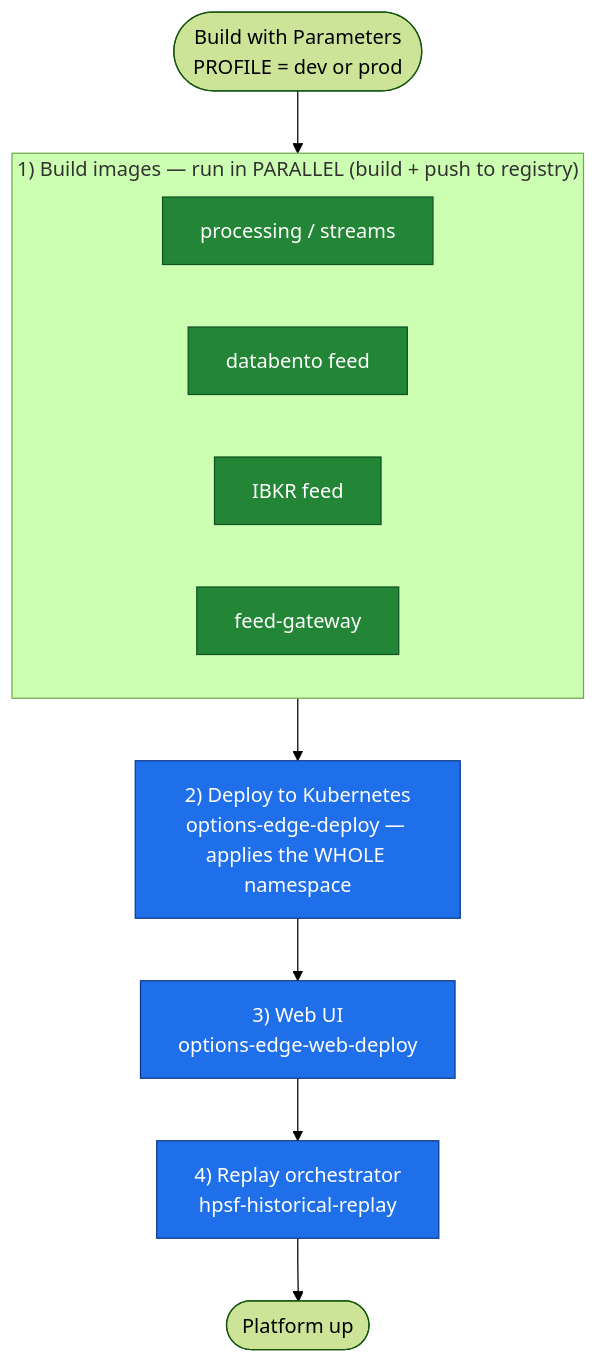
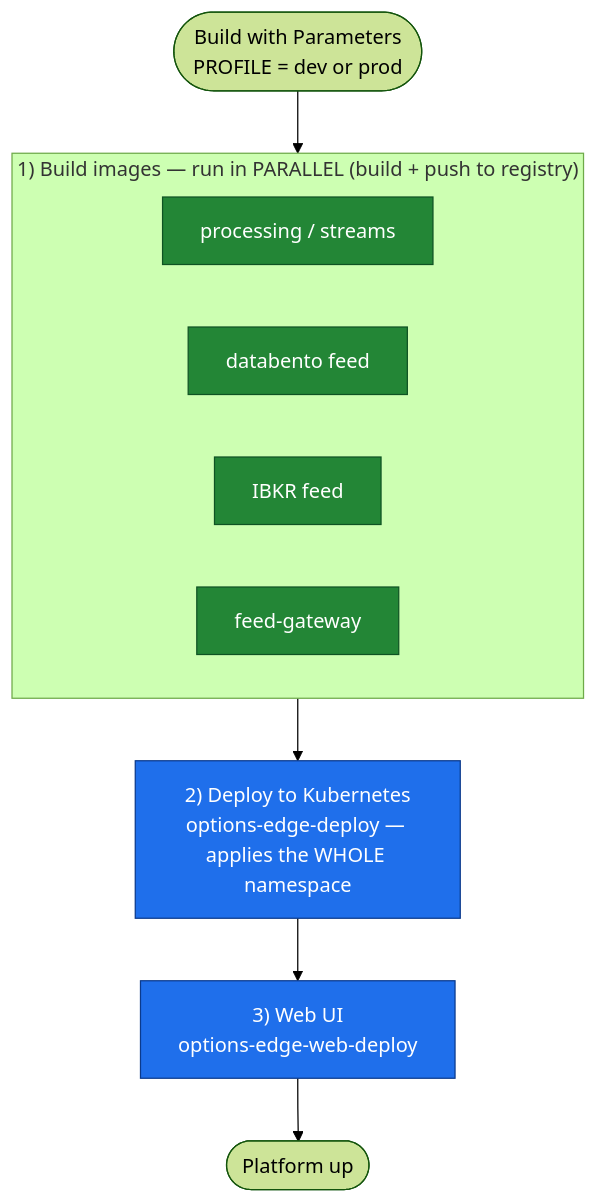
Before and after one commit to abhinav-jain09/options-edge-deploy: the diagram in docs/bring-up-all.md, drawn with Mermaid (forest theme). The commit also changed other lines of this file and 1 other file, not shown here.

Commit message:
umbrella: exclude hpsf-historical-replay (run it standalone)

````diff
--- a/docs/bring-up-all.md
+++ b/docs/bring-up-all.md
@@ -21,22 +21,21 @@
 ```mermaid
 flowchart TD
     Start([Build with Parameters<br/>PROFILE = dev or prod]) --> Build
 
     subgraph Build ["1) Build images — run in PARALLEL (build + push to registry)"]
         direction LR
         PR["processing / streams"]
         DB["databento feed"]
         IB["IBKR feed"]
         GW["feed-gateway"]
     end
 
     Build --> Deploy["2) Deploy to Kubernetes<br/>options-edge-deploy — applies the WHOLE namespace"]
     Deploy --> Web["3) Web UI<br/>options-edge-web-deploy"]
-    Web --> Replay["4) Replay orchestrator<br/>hpsf-historical-replay"]
-    Replay --> Done([Platform up])
+    Web --> Done([Platform up])
 
     classDef seq fill:#1f6feb,stroke:#0b3a8c,color:#fff
     classDef par fill:#238636,stroke:#0f5323,color:#fff
-    class Deploy,Web,Replay seq
+    class Deploy,Web seq
     class PR,DB,IB,GW par
 ```
````
